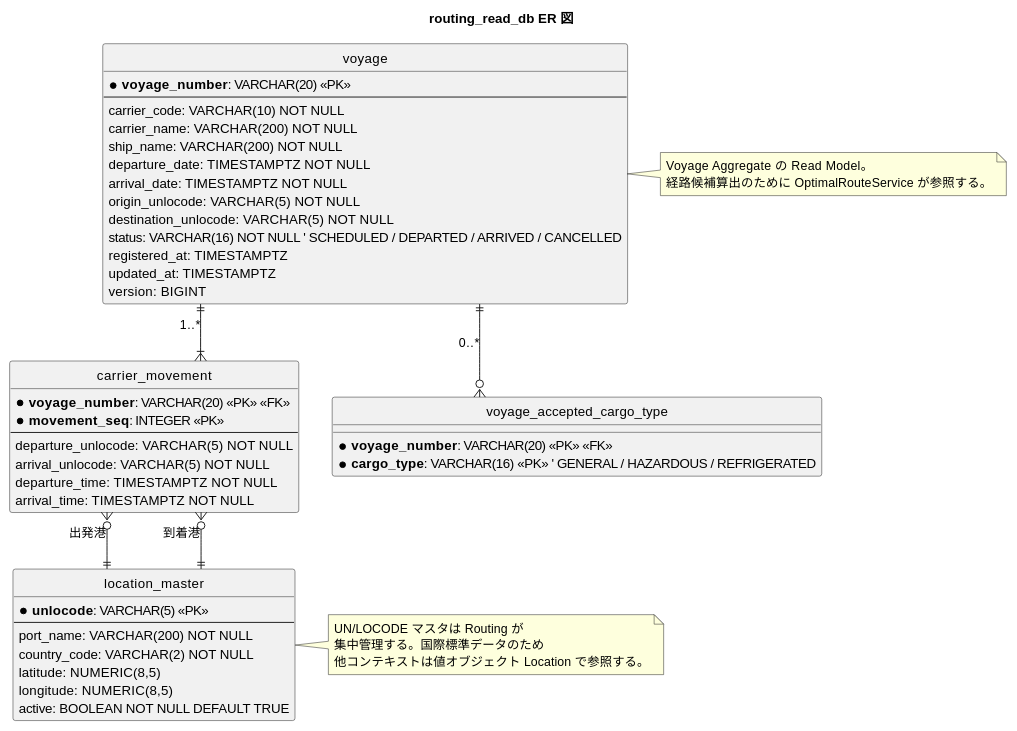
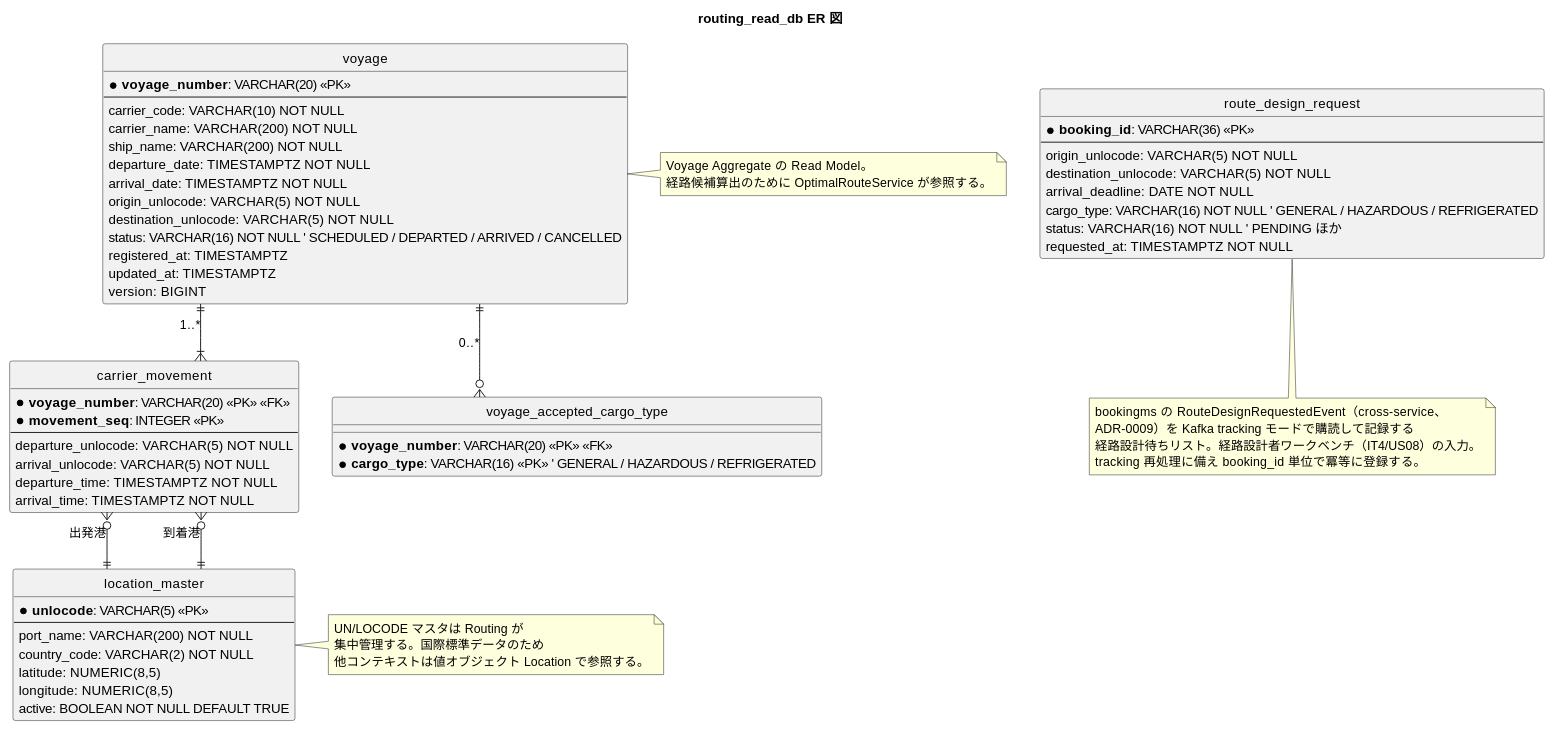
The fourth of 8 diagrams in docs/design/data-model.md (k2works/case-study-cargo-tracker), drawn with PlantUML before and after one commit. The commit also changed other lines of this file and 7 other files, not shown here.

First line of the commit message:
feat(routingms): 経路設計依頼の cross-service 受信ハンドラと read model を追加（T7 / ADR-0009）

````diff
--- a/docs/design/data-model.md
+++ b/docs/design/data-model.md
@@ -474,6 +474,17 @@
   active: BOOLEAN NOT NULL DEFAULT TRUE
 }
 
+entity "route_design_request" as rdr {
+  * **booking_id**: VARCHAR(36) <<PK>>
+  --
+  origin_unlocode: VARCHAR(5) NOT NULL
+  destination_unlocode: VARCHAR(5) NOT NULL
+  arrival_deadline: DATE NOT NULL
+  cargo_type: VARCHAR(16) NOT NULL ' GENERAL / HAZARDOUS / REFRIGERATED
+  status: VARCHAR(16) NOT NULL ' PENDING ほか
+  requested_at: TIMESTAMPTZ NOT NULL
+}
+
 voyage ||--|{ movement : "1..*"
 voyage ||--o{ cargotype : "0..*"
 movement }o--|| locmaster : "出発港"
@@ -489,5 +500,12 @@
   集中管理する。国際標準データのため
   他コンテキストは値オブジェクト Location で参照する。
 end note
+
+note bottom of rdr
+  bookingms の RouteDesignRequestedEvent（cross-service、
+  ADR-0009）を Kafka tracking モードで購読して記録する
+  経路設計待ちリスト。経路設計者ワークベンチ（IT4/US08）の入力。
+  tracking 再処理に備え booking_id 単位で冪等に登録する。
+end note
 @enduml
 ```
````
